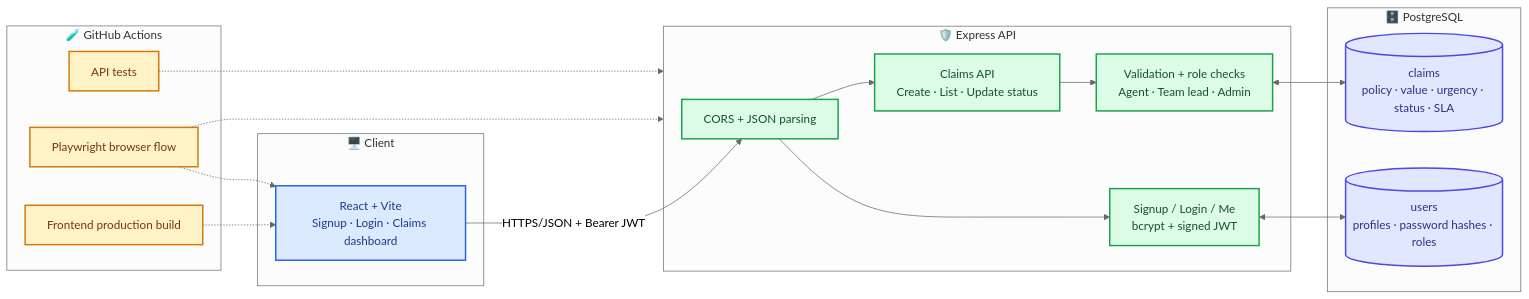
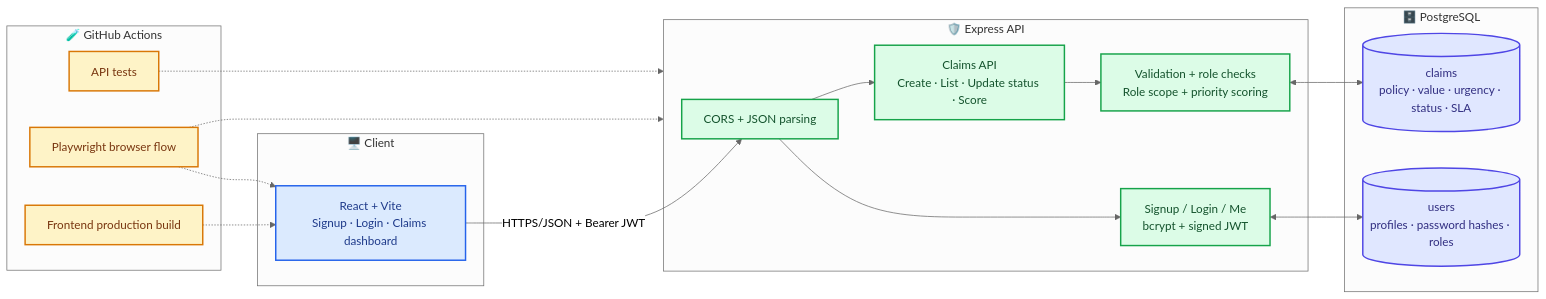
The first of 2 diagrams in README.md (Neemasree/CLAIMSYNC), drawn with Mermaid (neutral theme) before and after one commit. The commit also changed other lines of this file, not shown here.

Commit message:
docs: document weighted claim priority scoring

````diff
--- a/README.md
+++ b/README.md
@@ -84,44 +84,44 @@
 ```mermaid
 flowchart LR
   subgraph CLIENT["🖥️ Client"]
     UI["React + Vite<br/>Signup · Login · Claims dashboard"]
   end
 
   subgraph SERVER["🛡️ Express API"]
     CORS["CORS + JSON parsing"]
     AUTH["Signup / Login / Me<br/>bcrypt + signed JWT"]
-    CLAIMS["Claims API<br/>Create · List · Update status"]
-    RULES["Validation + role checks<br/>Agent · Team lead · Admin"]
+    CLAIMS["Claims API<br/>Create · List · Update status · Score"]
+    RULES["Validation + role checks<br/>Role scope + priority scoring"]
   end
 
   subgraph DATA["🗄️ PostgreSQL"]
     USERS[("users<br/>profiles · password hashes · roles")]
     CLAIMDB[("claims<br/>policy · value · urgency · status · SLA")]
   end
 
   subgraph QUALITY["🧪 GitHub Actions"]
     API_TEST["API tests"]
     E2E["Playwright browser flow"]
     BUILD["Frontend production build"]
   end
 
   UI -->|"HTTPS/JSON + Bearer JWT"| CORS
   CORS --> AUTH
   CORS --> CLAIMS
   CLAIMS --> RULES
   AUTH <--> USERS
   RULES <--> CLAIMDB
   API_TEST -.-> SERVER
   E2E -.-> UI
   E2E -.-> SERVER
   BUILD -.-> UI
 
   classDef client fill:#DBEAFE,stroke:#2563EB,color:#1E3A8A,stroke-width:2px
   classDef api fill:#DCFCE7,stroke:#16A34A,color:#14532D,stroke-width:2px
   classDef data fill:#E0E7FF,stroke:#4F46E5,color:#312E81,stroke-width:2px
   classDef quality fill:#FEF3C7,stroke:#D97706,color:#78350F,stroke-width:2px
   class UI client
   class CORS,AUTH,CLAIMS,RULES api
   class USERS,CLAIMDB data
   class API_TEST,E2E,BUILD quality
 ```
````
